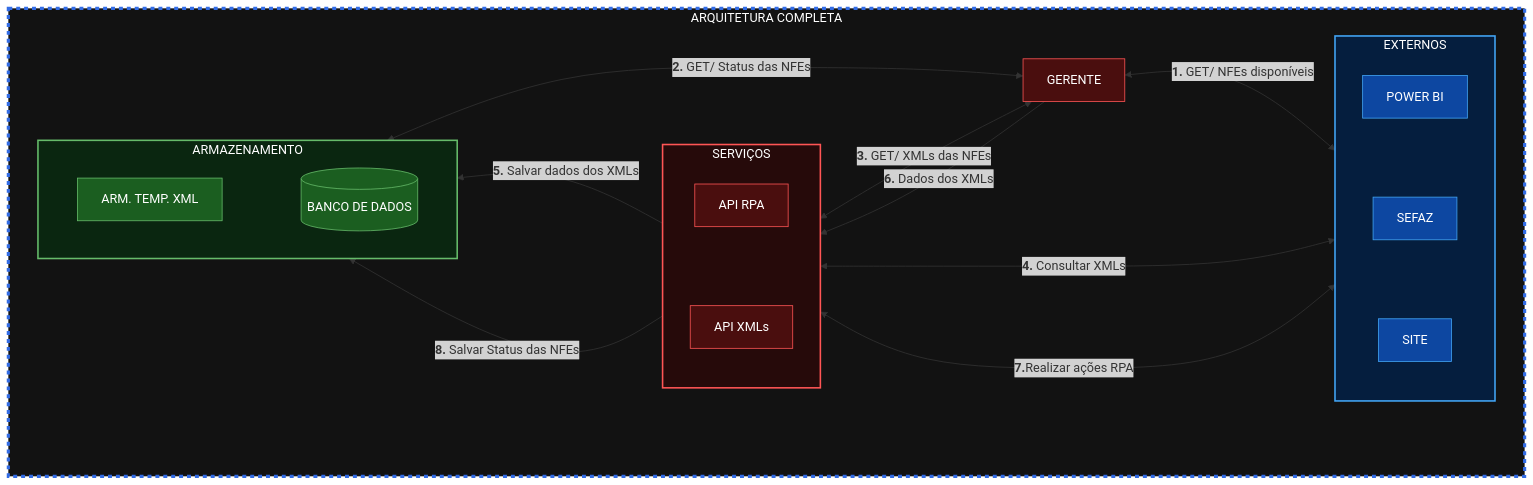
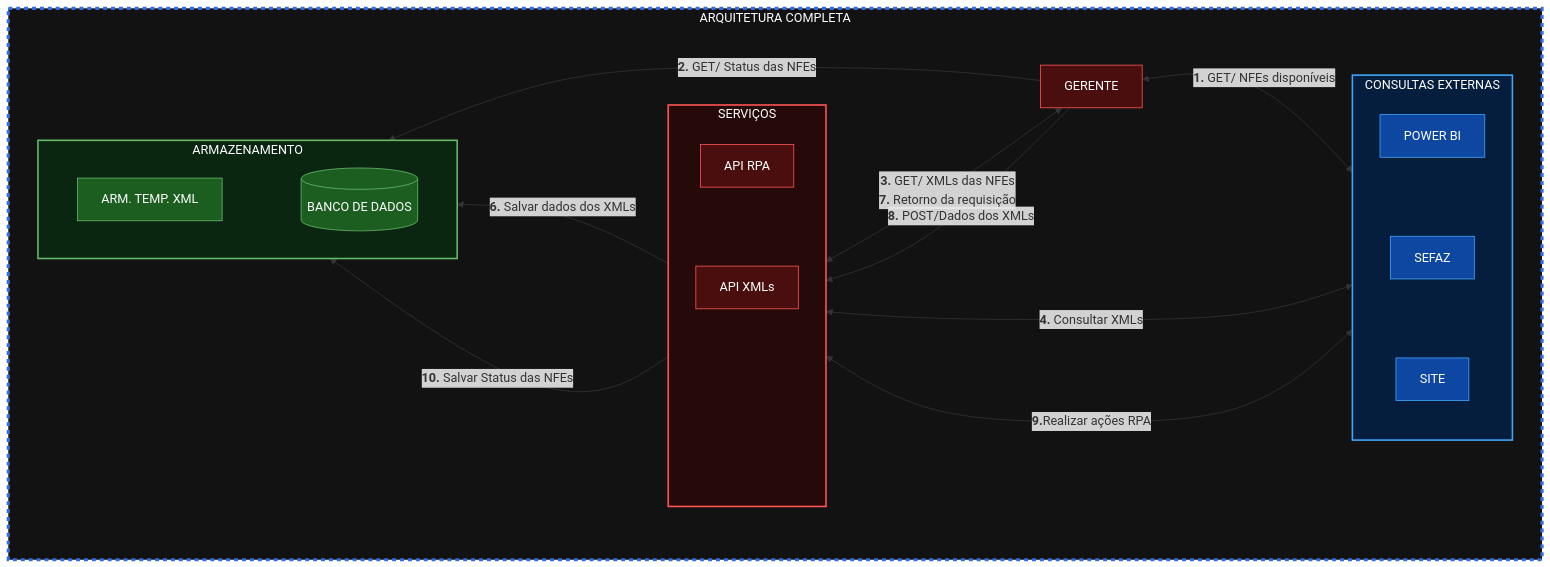
The diagram in README.md (Raphael-HPO/Projeto_auto_reserva), drawn with Mermaid before and after one commit. The commit also changed other lines of this file, not shown here.

Commit message:
feat: Ajuste de título e de diagrama da aplicação.

````diff
--- a/README.md
+++ b/README.md
@@ -7,51 +5,53 @@
 ```mermaid
 flowchart LR
 
     classDef app           fill:#4a0e0e,stroke:#ff5555,color:#fff
     classDef externos      fill:#0d47a1,stroke:#42a5f5,color:#fff
     classDef armazenamento fill:#1b5e20,stroke:#66bb6a,color:#fff
 
     subgraph ARQ[ARQUITETURA COMPLETA]
         direction LR
         API1[GERENTE]:::app
 
         subgraph APPs[SERVIÇOS]
             direction TB
                 API2[API XMLs]:::app
                 API3[API RPA]:::app
                 API3 ~~~ API2
         end
         style APPs fill:#260a0a,stroke:#ff5555,color:#fff,stroke-width:2px
-        subgraph EXT[EXTERNOS]
+        subgraph EXT[CONSULTAS EXTERNAS]
             direction TB
                 SFZ[SEFAZ]:::externos
                 PLF[SITE]:::externos
                 BI[POWER BI]:::externos
                 BI ~~~ SFZ ~~~ PLF  
         end
         style EXT fill:#051e3e,stroke:#42a5f5,color:#fff,stroke-width:2px
         subgraph AMZ[ARMAZENAMENTO]
             direction RL
                 DB[(BANCO DE DADOS)]:::armazenamento
                 AV[ARM. TEMP. XML]:::armazenamento
                 DB ~~~ AV
         end
         style AMZ fill:#0a2610,stroke:#66bb6a,color:#fff,stroke-width:2px
         API1~~~EXT~~~APPs~~~AMZ
     end
     style ARQ fill:#121212,stroke:#326ce5,color:#fff,stroke-width:4px,stroke-dasharray: 5 5
     
 
     API1 <--"<b>1.</b>" GET/ NFEs disponíveis--> BI
-    API1 <--"<b>2.</b>" GET/ Status das NFEs--> DB
-    API1 <--"<b>3.</b>" GET/ XMLs das NFEs--> API2
+    API1 --"<b>2.</b>" GET/ Status das NFEs--> DB
+    API1 <--"`<b>3.</b> GET/ XMLs das NFEs
+    <b>7.</b> Retorno da requisição`"--> API2
     API2 ~~~ API1
+    API2 ~~~ 
     API2 <--"<b>4.</b>" Consultar XMLs--> SFZ
-    API2 --"<b>5.</b>" Salvar dados dos XMLs--> DB
-    API1 --"<b>6.</b>" Dados dos XMLs--> API3
-    API3 <--"<b>7.</b>"Realizar ações RPA--> PLF
-    API3 --"<b>8.</b>" Salvar Status das NFEs--> DB
+    API2 --"<b>6.</b>" Salvar dados dos XMLs--> DB
+    API1 --"<b>8.</b>" POST/Dados dos XMLs--> API3
+    API3 <--"<b>9.</b>"Realizar ações RPA--> PLF
+    API3 --"<b>10.</b>" Salvar Status das NFEs--> DB
     AV ~~~ API2
     
 
 ```
````
